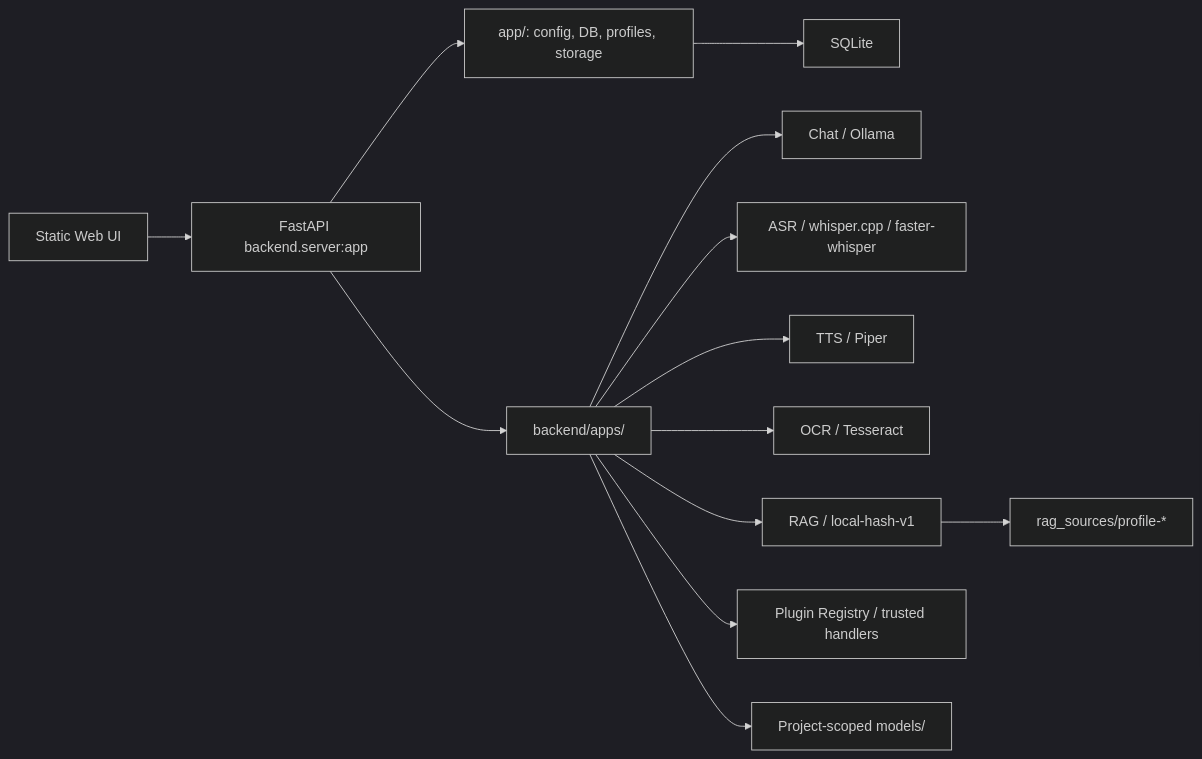
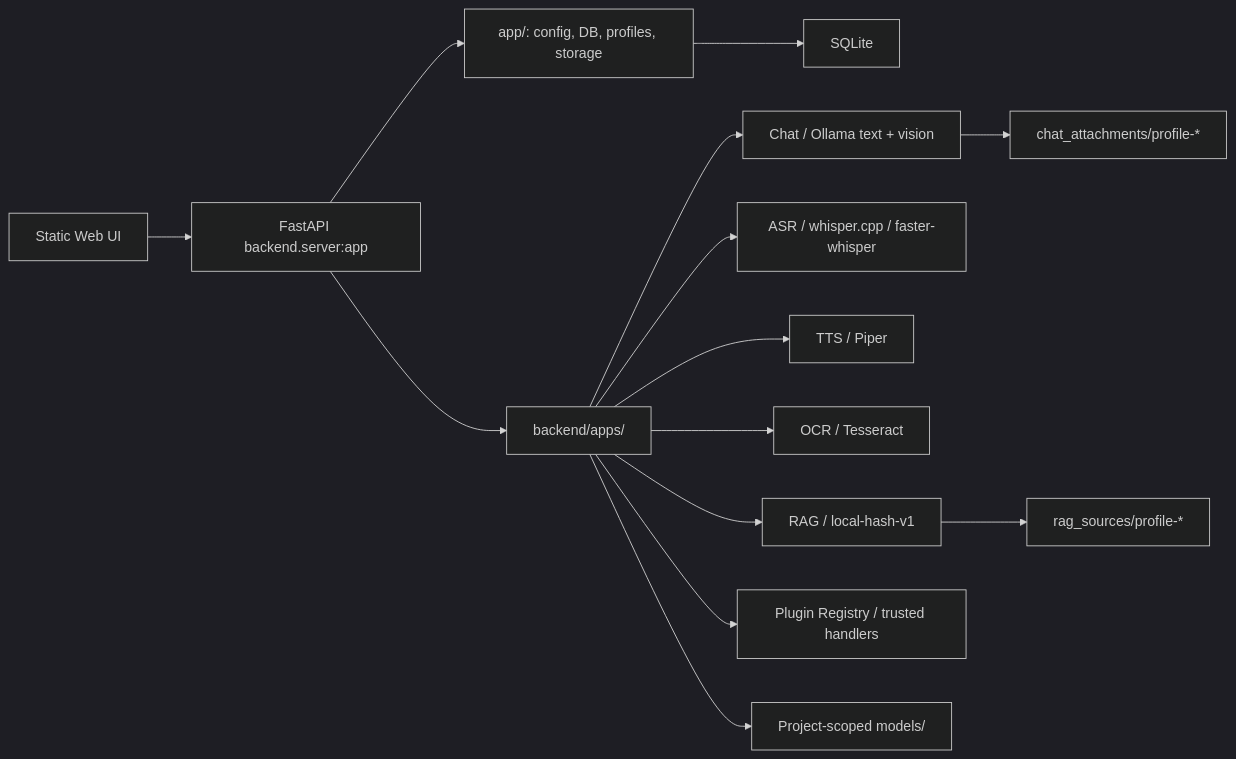
One commit to Oleksandrnie/LocalGPT changed the diagram in docs/ARCHITECTURE.md. Above: the diagram before and after it, drawn with Mermaid (dark theme). The commit also changed other lines of this file and 8 other files, not shown here.

Commit message:
Document and verify multimodal vision chat

````diff
--- a/docs/ARCHITECTURE.md
+++ b/docs/ARCHITECTURE.md
@@ -7,15 +7,16 @@
 ```mermaid
 flowchart LR
     Browser["Static Web UI"] --> API["FastAPI backend.server:app"]
     API --> Shared["app/: config, DB, profiles, storage"]
     API --> Apps["backend/apps/"]
-    Apps --> Chat["Chat / Ollama"]
+    Apps --> Chat["Chat / Ollama text + vision"]
     Apps --> ASR["ASR / whisper.cpp / faster-whisper"]
     Apps --> TTS["TTS / Piper"]
     Apps --> OCR["OCR / Tesseract"]
     Apps --> RAG["RAG / local-hash-v1"]
     Apps --> Plugins["Plugin Registry / trusted handlers"]
     Shared --> SQLite["SQLite"]
     Apps --> Models["Project-scoped models/"]
+    Chat --> Attachments["chat_attachments/profile-*"]
     RAG --> Sources["rag_sources/profile-*"]
 ```
````
